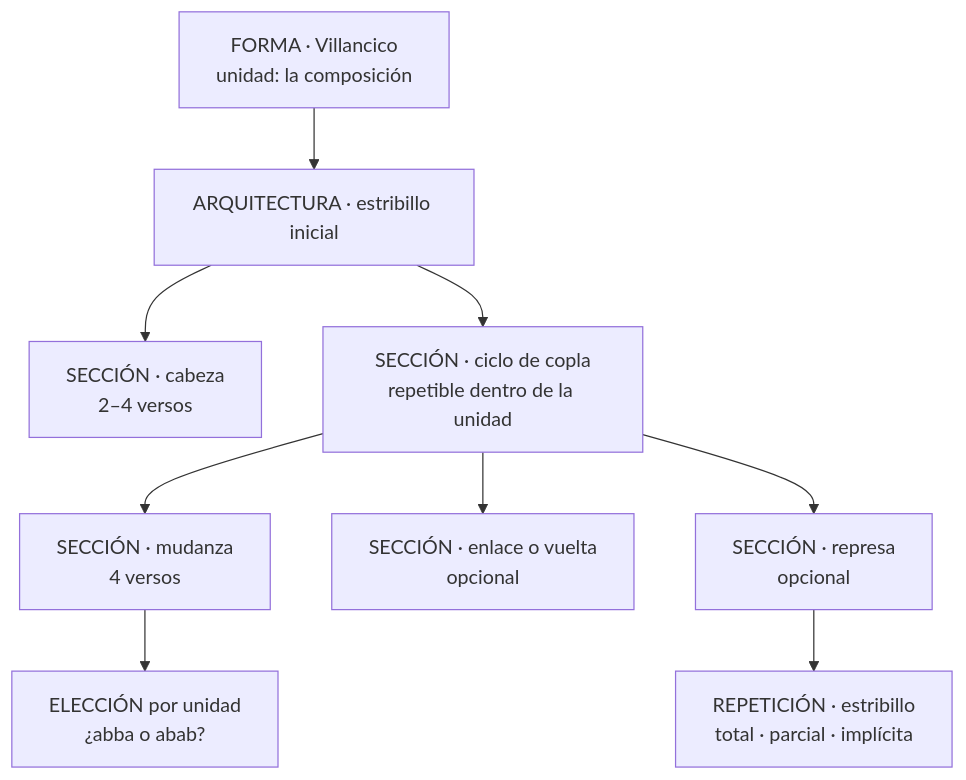
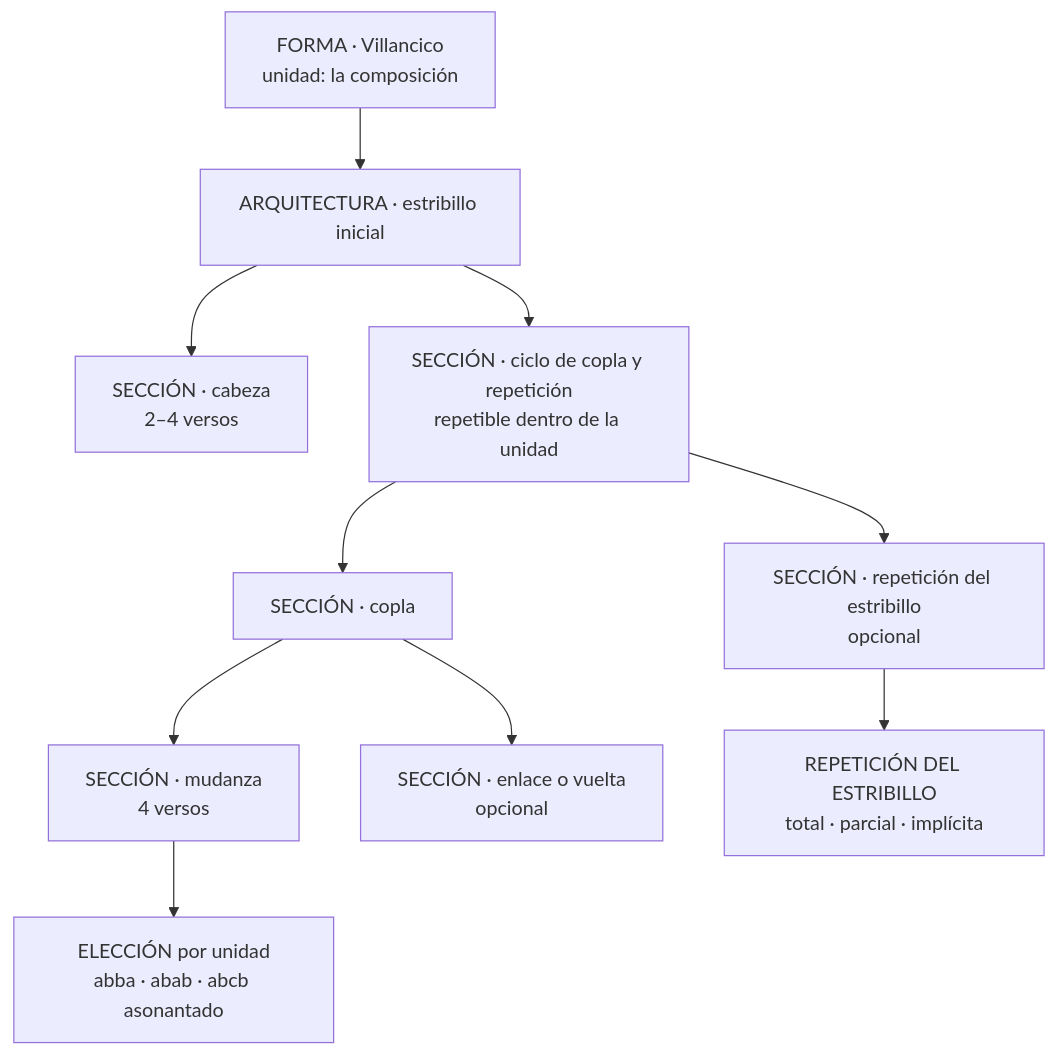
Before and after one commit to metadramaub/metadrama_db: the fourth of 5 diagrams in docs/dominio-metrico/implementacion-metrica.md, drawn with Mermaid. The commit also changed other lines of this file and 14 other files, not shown here.

````diff
--- a/docs/dominio-metrico/implementacion-metrica.md
+++ b/docs/dominio-metrico/implementacion-metrica.md
@@ -258,11 +258,12 @@
 ```mermaid
 flowchart TD
     F["FORMA · Villancico<br/>unidad: la composición"] --> A["ARQUITECTURA · estribillo inicial"]
     A --> C["SECCIÓN · cabeza<br/>2–4 versos"]
-    A --> Z["SECCIÓN · ciclo de copla<br/>repetible dentro de la unidad"]
-    Z --> MU["SECCIÓN · mudanza<br/>4 versos"]
-    Z --> EN["SECCIÓN · enlace o vuelta<br/>opcional"]
-    Z --> RE["SECCIÓN · represa<br/>opcional"]
-    MU --> ER["ELECCIÓN por unidad<br/>¿abba o abab?"]
-    RE --> REP["REPETICIÓN · estribillo<br/>total · parcial · implícita"]
+    A --> Z["SECCIÓN · ciclo de copla y repetición<br/>repetible dentro de la unidad"]
+    Z --> CO["SECCIÓN · copla"]
+    Z --> RE["SECCIÓN · repetición del estribillo<br/>opcional"]
+    CO --> MU["SECCIÓN · mudanza<br/>4 versos"]
+    CO --> EN["SECCIÓN · enlace o vuelta<br/>opcional"]
+    MU --> ER["ELECCIÓN por unidad<br/>abba · abab · abcb asonantado"]
+    RE --> REP["REPETICIÓN DEL ESTRIBILLO<br/>total · parcial · implícita"]
 ```
````
